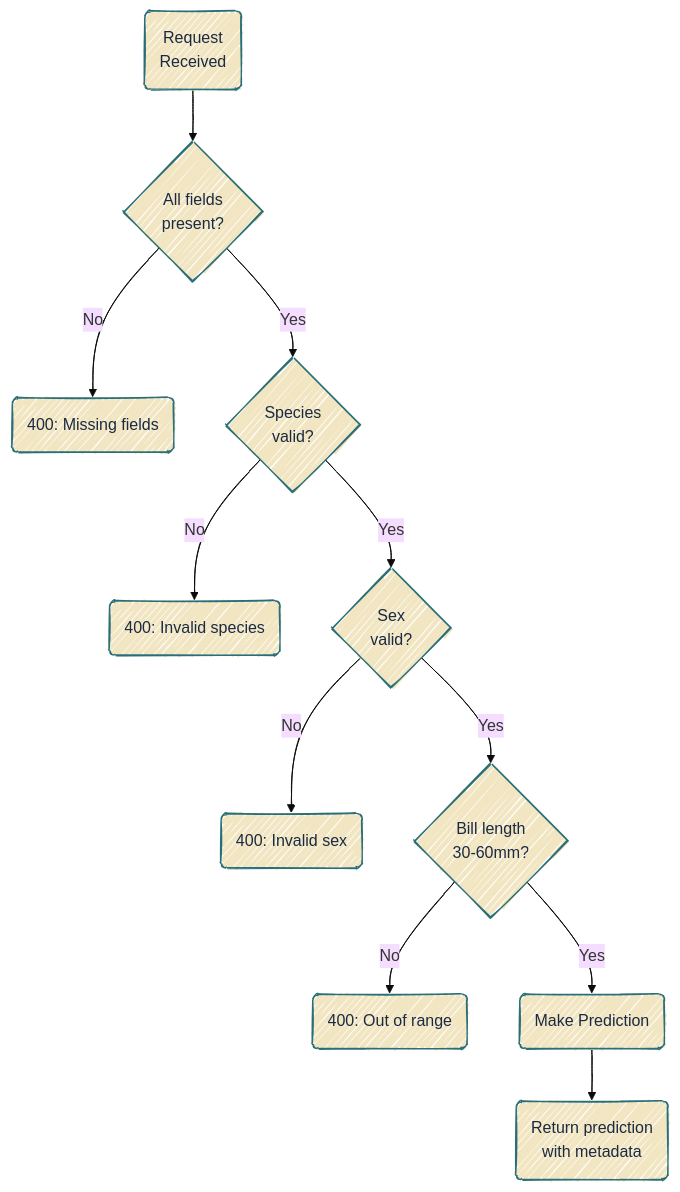
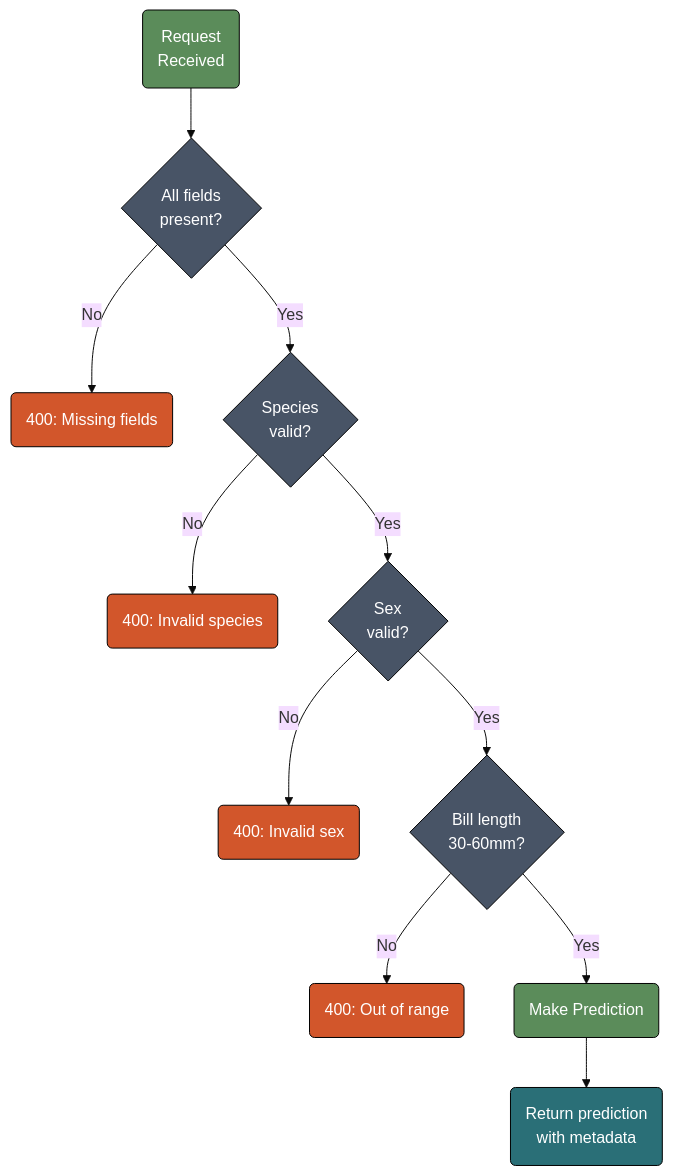
One commit to mjfrigaard/do4ds-labs changed the fifth of 7 diagrams in plumber2.qmd. Above: the diagram before and after it, drawn with Mermaid. The commit also changed other lines of this file and 48 other files, not shown here.

````diff
--- a/plumber2.qmd
+++ b/plumber2.qmd
@@ -696,24 +707,34 @@
 ```{mermaid}
 %%| fig-width: 7.0
-%%| fig-align: center
-%%{init: {'theme': 'base', 'look': 'handDrawn', 'themeVariables': {'fontFamily': 'monospace'}}}%%
+%%| fig-align: 'center'
+%%{init: {'theme': 'base', 'themeVariables': {'fontFamily': 'monospace'}}}%%
 
 graph TD
     Start("Request<br>Received")
 
     Start --> Check1{All fields<br>present?}
     Check1 -->|No| Error1("400: Missing fields")
     Check1 -->|Yes| Check2{Species<br>valid?}
 
     Check2 -->|No| Error2("400: Invalid species")
     Check2 -->|Yes| Check3{Sex<br>valid?}
 
     Check3 -->|No| Error3("400: Invalid sex")
     Check3 -->|Yes| Check4{Bill length<br>30-60mm?}
 
     Check4 -->|No| Error4("400: Out of range")
     Check4 -->|Yes| Predict("Make Prediction")
 
     Predict --> Success("Return prediction<br>with metadata")
-    classDef default fill:#F2E6C2,stroke:#2A6F77,color:#1B2A41
+    style Start fill:#5B8C5A,stroke:#000000,stroke-width:1px,color:#ffffff
+    style Check1 fill:#485466,stroke:#000000,stroke-width:1px,color:#ffffff
+    style Check2 fill:#485466,stroke:#000000,stroke-width:1px,color:#ffffff
+    style Check3 fill:#485466,stroke:#000000,stroke-width:1px,color:#ffffff
+    style Check4 fill:#485466,stroke:#000000,stroke-width:1px,color:#ffffff
+    style Error1 fill:#D2562B,stroke:#000000,stroke-width:1px,color:#ffffff
+    style Error2 fill:#D2562B,stroke:#000000,stroke-width:1px,color:#ffffff
+    style Error3 fill:#D2562B,stroke:#000000,stroke-width:1px,color:#ffffff
+    style Error4 fill:#D2562B,stroke:#000000,stroke-width:1px,color:#ffffff
+    style Predict fill:#5B8C5A,stroke:#000000,stroke-width:1px,color:#ffffff
+    style Success fill:#2A6F77,stroke:#000000,stroke-width:1px,color:#ffffff
 ```
````
